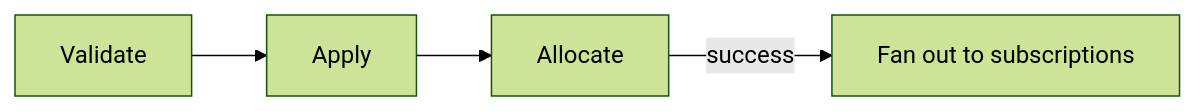
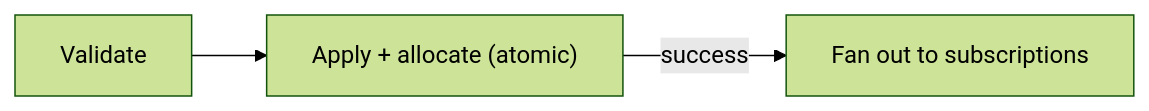
The diagram in docs/content/docs/core-concepts/mutations.mdx (helipod-sh/helipod), drawn with Mermaid (forest theme) before and after one commit. The commit also changed other lines of this file and 51 other files, not shown here.

````diff
--- a/docs/content/docs/core-concepts/mutations.mdx
+++ b/docs/content/docs/core-concepts/mutations.mdx
@@ -175,6 +176,5 @@
 ```mermaid
 flowchart LR
-  V["Validate"] --> A["Apply"]
-  A --> AL["Allocate"]
-  AL -->|"success"| F["Fan out to subscriptions"]
+  V["Validate"] --> A["Apply + allocate (atomic)"]
+  A -->|"success"| F["Fan out to subscriptions"]
 ```
````
